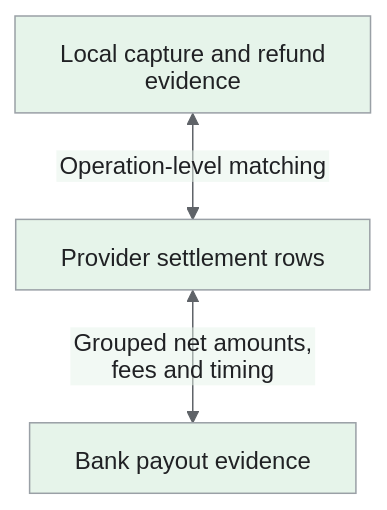
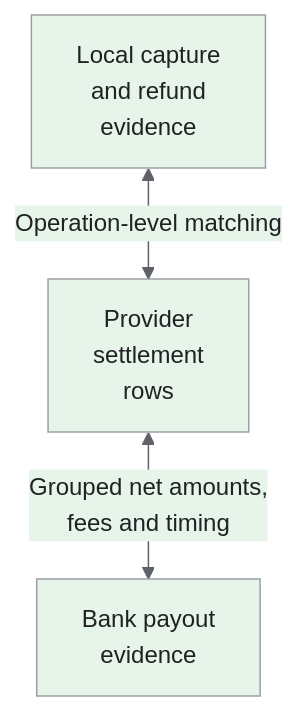
The sixth of 6 diagrams in _designs/system-design-payment-system.md (iliazlobin/iliazlobin.github.io), drawn with Mermaid before and after one commit. The commit also changed other lines of this file and 116 other files, not shown here.

````diff
--- a/_designs/system-design-payment-system.md
+++ b/_designs/system-design-payment-system.md
@@ -388,11 +418,11 @@
 ```mermaid
-%%{init: {'theme':'base','htmlLabels':false,'flowchart':{'htmlLabels':false},'themeVariables':{'fontFamily':'Arial, sans-serif','primaryColor':'#e8f0fe','primaryTextColor':'#202124','primaryBorderColor':'#9aa0a6','lineColor':'#5f6368','secondaryColor':'#e6f4ea','tertiaryColor':'#fef7e0','actorBkg':'#e8f0fe','actorBorder':'#9aa0a6','actorTextColor':'#202124','noteBkgColor':'#fef7e0','noteTextColor':'#202124','noteBorderColor':'#9aa0a6','signalColor':'#5f6368','signalTextColor':'#202124','labelBoxBkgColor':'#fef7e0','labelBoxBorderColor':'#9aa0a6'}}}%%
+%%{init: {"theme":"base","themeVariables":{"primaryColor":"#e8f0fe","primaryTextColor":"#202124","primaryBorderColor":"#9aa0a6","lineColor":"#5f6368","secondaryColor":"#e6f4ea","tertiaryColor":"#fef7e0","actorBkg":"#e8f0fe","actorBorder":"#9aa0a6","actorTextColor":"#202124","noteBkgColor":"#fef7e0","noteTextColor":"#202124","noteBorderColor":"#9aa0a6","signalColor":"#5f6368","signalTextColor":"#202124","labelBoxBkgColor":"#fef7e0","labelBoxBorderColor":"#9aa0a6"}}}%%
 flowchart TB
-    A["Local capture and refund evidence"] <-->|"Operation-level matching"| B["Provider settlement rows"]
-    B <-->|"Grouped net amounts,<br/>fees and timing"| C["Bank payout evidence"]
+    A["Local capture<br>and refund<br>evidence"] <-->|"Operation-level matching"| B["Provider<br>settlement<br>rows"]
+    B <-->|"Grouped net amounts,<br/>fees and timing"| C["Bank payout<br>evidence"]
     class A,B,C data;
 classDef request fill:#e8f0fe,stroke:#9aa0a6,color:#202124;
 classDef data fill:#e6f4ea,stroke:#9aa0a6,color:#202124;
 classDef control fill:#fef7e0,stroke:#9aa0a6,color:#202124;
 classDef danger fill:#fce8e6,stroke:#9aa0a6,color:#202124;
 ```
````
